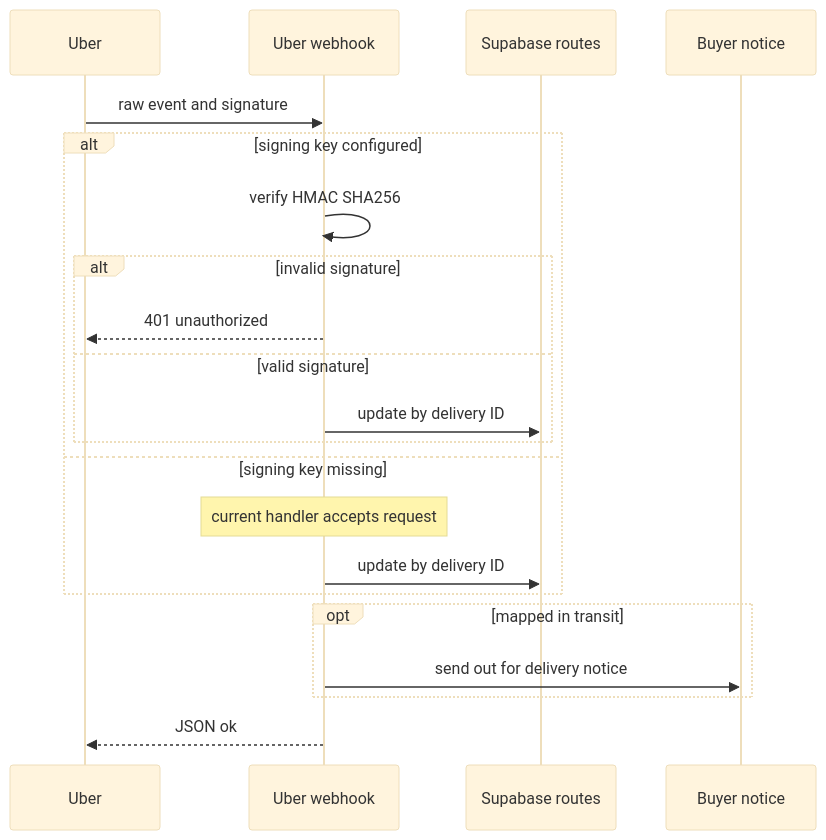
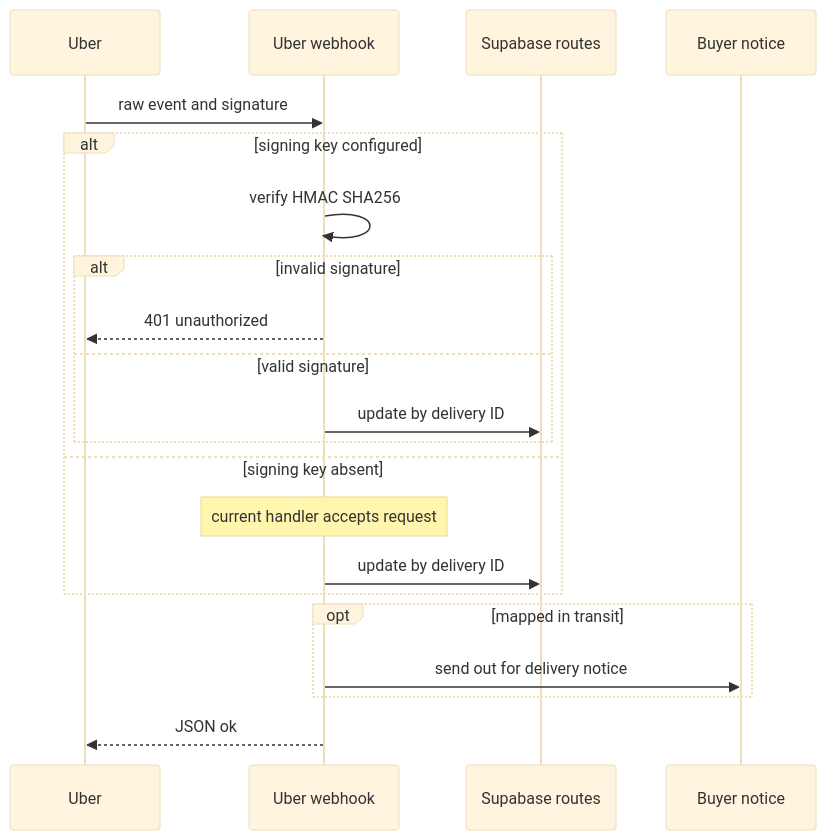
The second of 2 diagrams in openwiki/integrations/external-services-and-webhooks.md (Schneider-Gr/industria24hIA), drawn with Mermaid (base theme) before and after one commit. The commit also changed other lines of this file and 34 other files, not shown here.

````diff
--- a/openwiki/integrations/external-services-and-webhooks.md
+++ b/openwiki/integrations/external-services-and-webhooks.md
@@ -135,23 +132,23 @@
 ```mermaid
 sequenceDiagram
     participant Uber
     participant Hook as Uber webhook
     participant DB as Supabase routes
     participant Alert as Buyer notice
     Uber->>Hook: raw event and signature
     alt signing key configured
         Hook->>Hook: verify HMAC SHA256
         alt invalid signature
             Hook-->>Uber: 401 unauthorized
         else valid signature
             Hook->>DB: update by delivery ID
         end
-    else signing key missing
+    else signing key absent
         Note over Hook: current handler accepts request
         Hook->>DB: update by delivery ID
     end
     opt mapped in transit
         Hook->>Alert: send out for delivery notice
     end
     Hook-->>Uber: JSON ok
 ```
````
